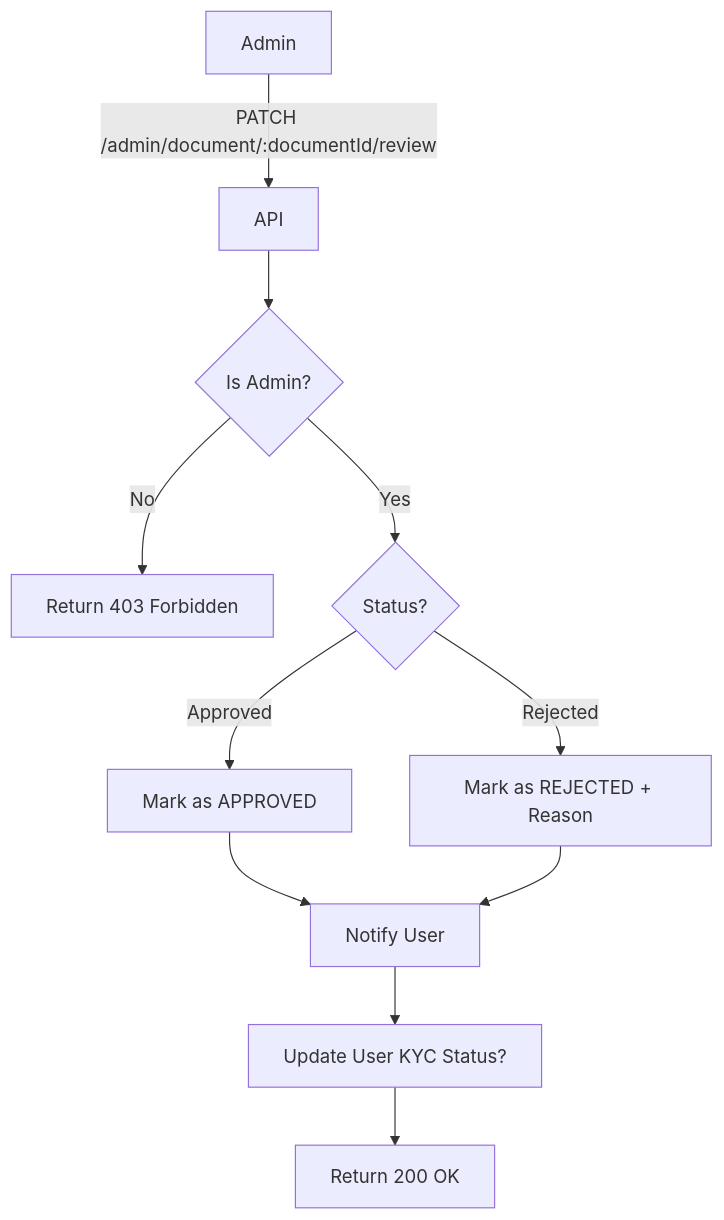
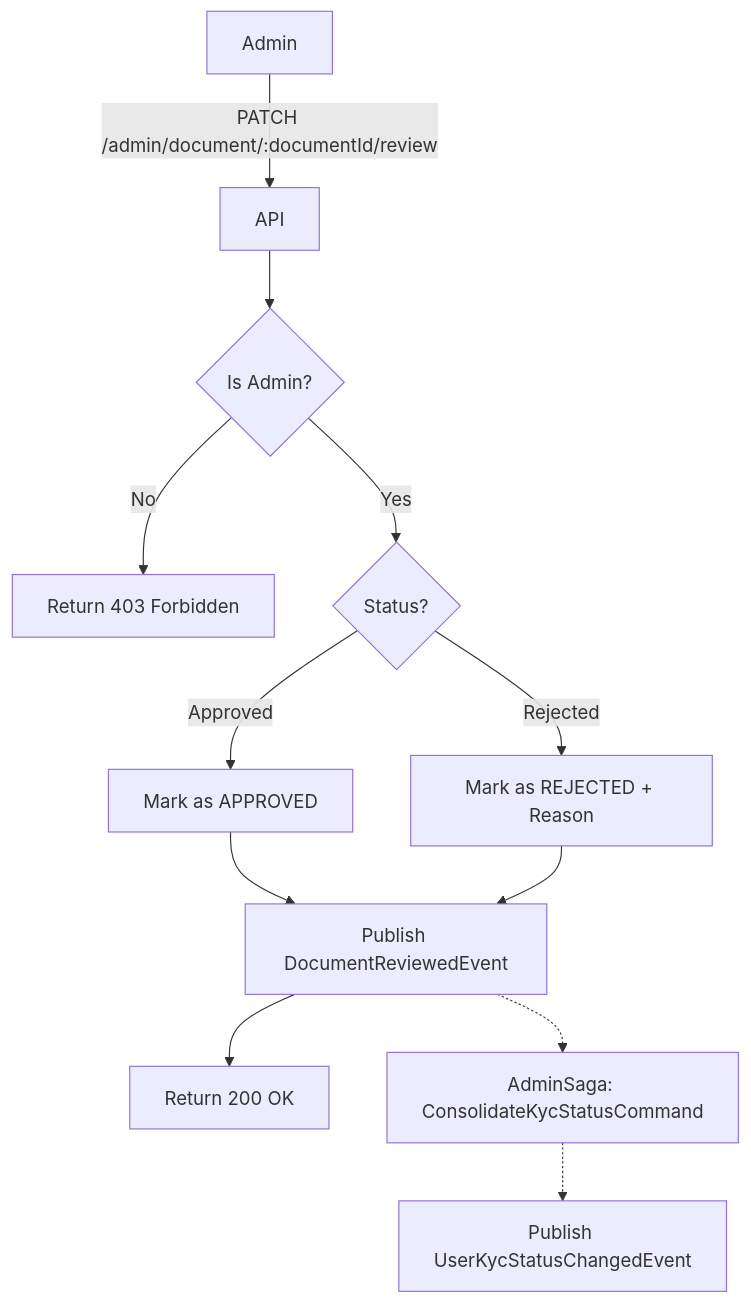
One commit to leandroluk/investor changed the diagram in apps/doc/src/content/api/admin/review-document.mdx. Above: the diagram before and after it, drawn with Mermaid. The commit also changed other lines of this file and 55 other files, not shown here.

````diff
--- a/apps/doc/src/content/api/admin/review-document.mdx
+++ b/apps/doc/src/content/api/admin/review-document.mdx
@@ -28,12 +29,13 @@
 ```mermaid
 flowchart TD
     A["Admin"] -- "PATCH /admin/document/:documentId/review" --> B["API"]
     B --> C{"Is Admin?"}
     C -- "No" --> D["Return 403 Forbidden"]
     C -- "Yes" --> E{"Status?"}
     E -- "Approved" --> F["Mark as APPROVED"]
     E -- "Rejected" --> G["Mark as REJECTED + Reason"]
-    F & G --> H["Notify User"]
-    H --> I["Update User KYC Status?"]
-    I --> J["Return 200 OK"]
+    F & G --> H["Publish DocumentReviewedEvent"]
+    H --> I["Return 200 OK"]
+    H -.-> J["AdminSaga: ConsolidateKycStatusCommand"]
+    J -.-> K["Publish UserKycStatusChangedEvent"]
 ```
````
